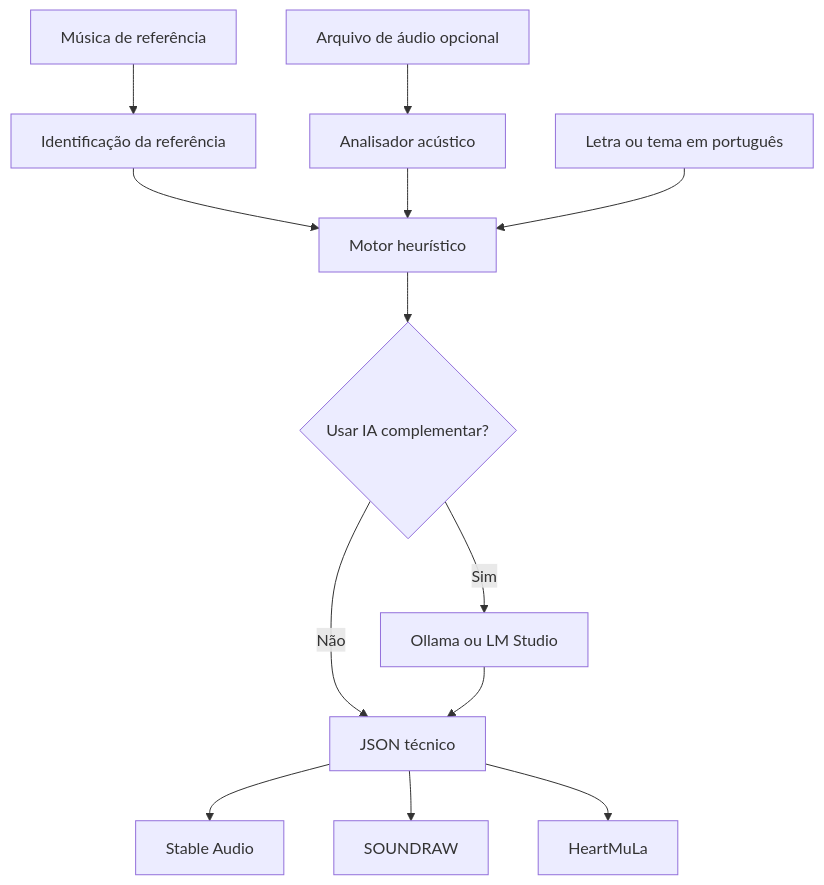
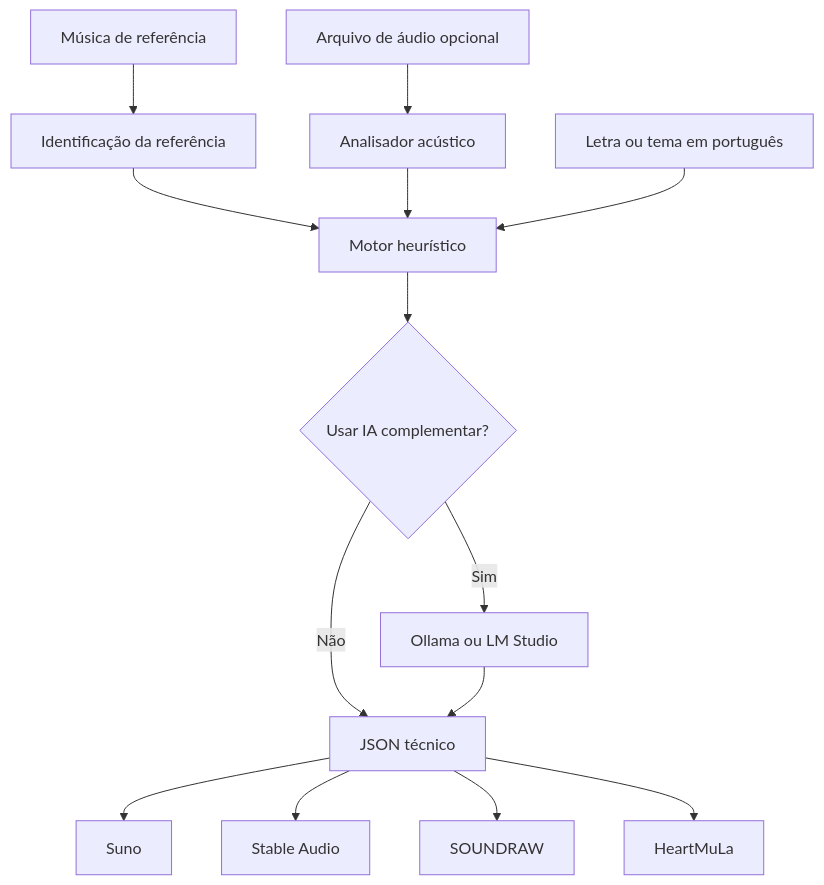
One commit to EduMiranda78/music-reference-lab changed the first of 2 diagrams in README.md. Above: the diagram before and after it, drawn with Mermaid. The commit also changed other lines of this file, not shown here.

Commit message:
Documenta suporte ao Suno

````diff
--- a/README.md
+++ b/README.md
@@ -46,15 +47,16 @@
 ```mermaid
 flowchart TD
     A[Música de referência] --> B[Identificação da referência]
     C[Arquivo de áudio opcional] --> D[Analisador acústico]
     B --> E[Motor heurístico]
     D --> E
     F[Letra ou tema em português] --> E
     E --> G{Usar IA complementar?}
     G -->|Não| H[JSON técnico]
     G -->|Sim| I[Ollama ou LM Studio]
     I --> H
+    H --> S[Suno]
     H --> J[Stable Audio]
     H --> K[SOUNDRAW]
     H --> L[HeartMuLa]
 ```
````
